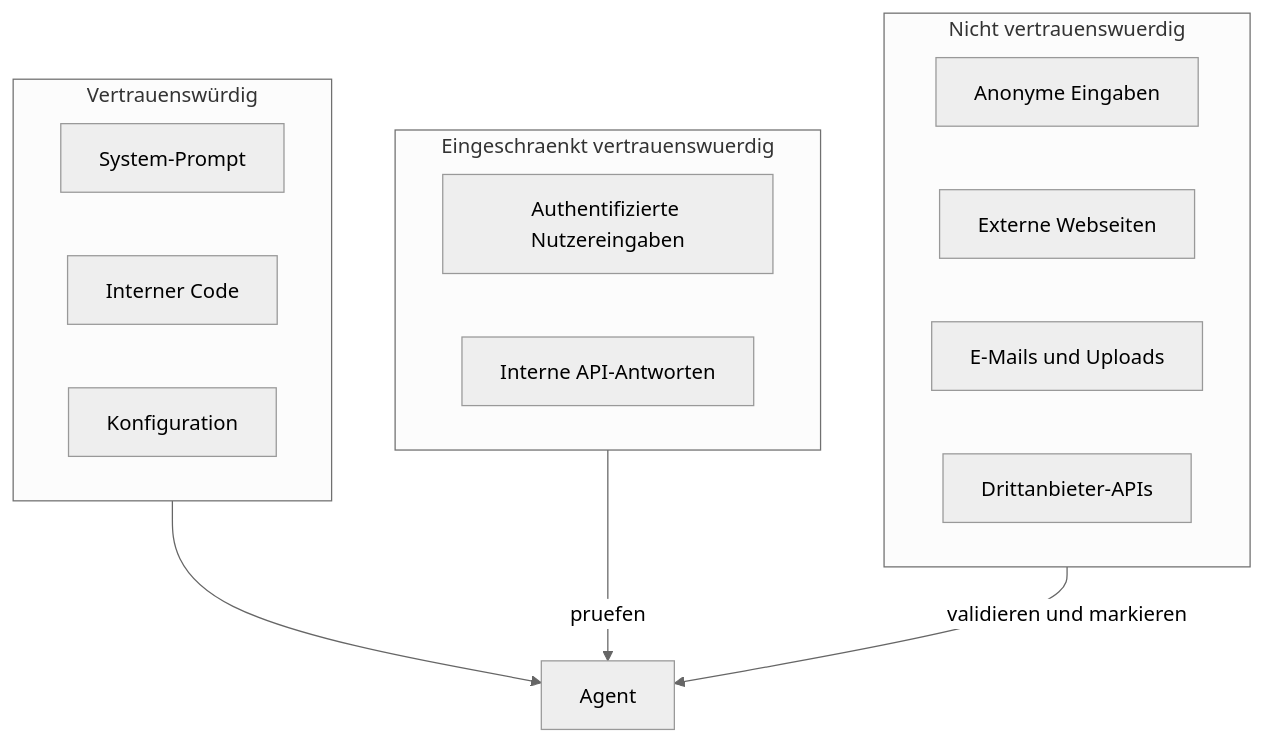
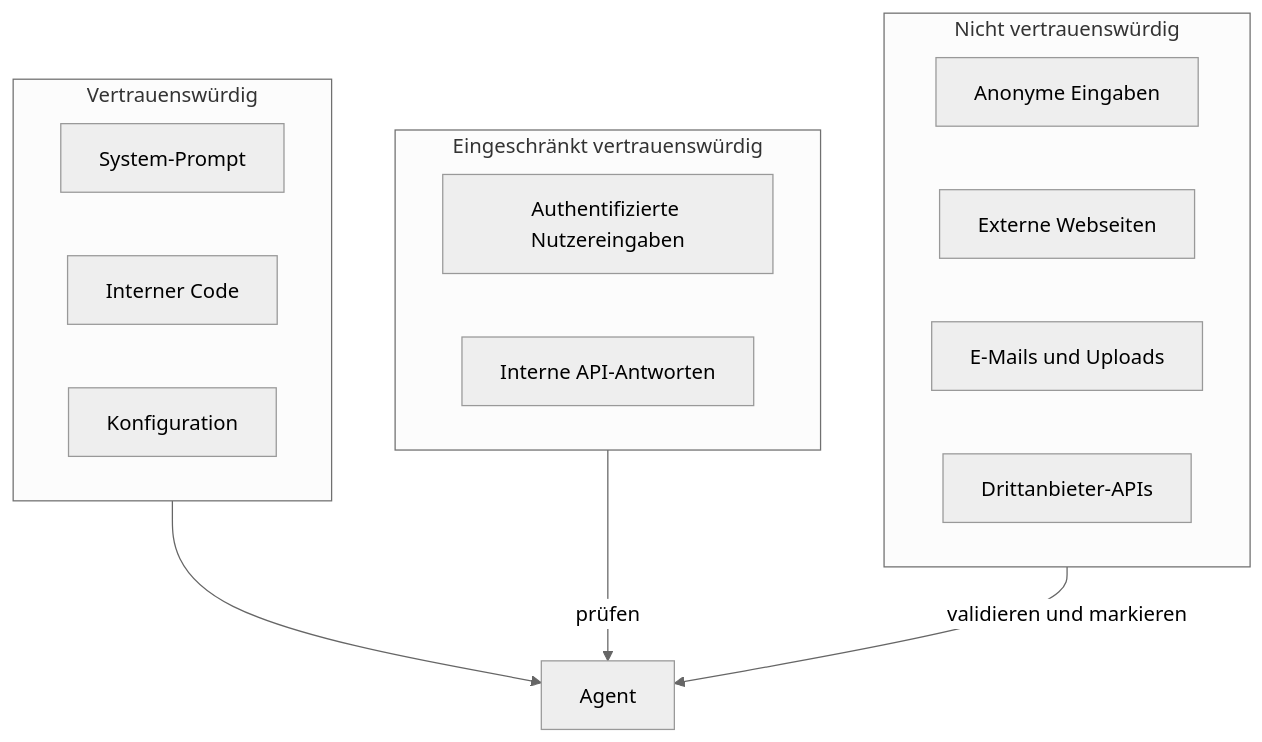
One commit to ralf-42/Agenten changed the diagram in docs/concepts/qualitaet-praxis/agent-security.md. Above: the diagram before and after it, drawn with Mermaid (neutral theme). The commit also changed other lines of this file and 22 other files, not shown here.

````diff
--- a/docs/concepts/qualitaet-praxis/agent-security.md
+++ b/docs/concepts/qualitaet-praxis/agent-security.md
@@ -148,22 +149,22 @@
 ```mermaid
 flowchart TB
     subgraph HIGH["Vertrauenswürdig"]
         SP[System-Prompt]
         CODE[Interner Code]
         CFG[Konfiguration]
     end
-    subgraph MED["Eingeschraenkt vertrauenswuerdig"]
+    subgraph MED["Eingeschränkt vertrauenswürdig"]
         AUTH[Authentifizierte Nutzereingaben]
         IAPI[Interne API-Antworten]
     end
-    subgraph LOW["Nicht vertrauenswuerdig"]
+    subgraph LOW["Nicht vertrauenswürdig"]
         ANON[Anonyme Eingaben]
         WEB[Externe Webseiten]
         EMAIL[E-Mails und Uploads]
         EAPI[Drittanbieter-APIs]
     end
 
     HIGH --> AGENT[Agent]
-    MED -->|pruefen| AGENT
+    MED -->|prüfen| AGENT
     LOW -->|validieren und markieren| AGENT
 ```
````
